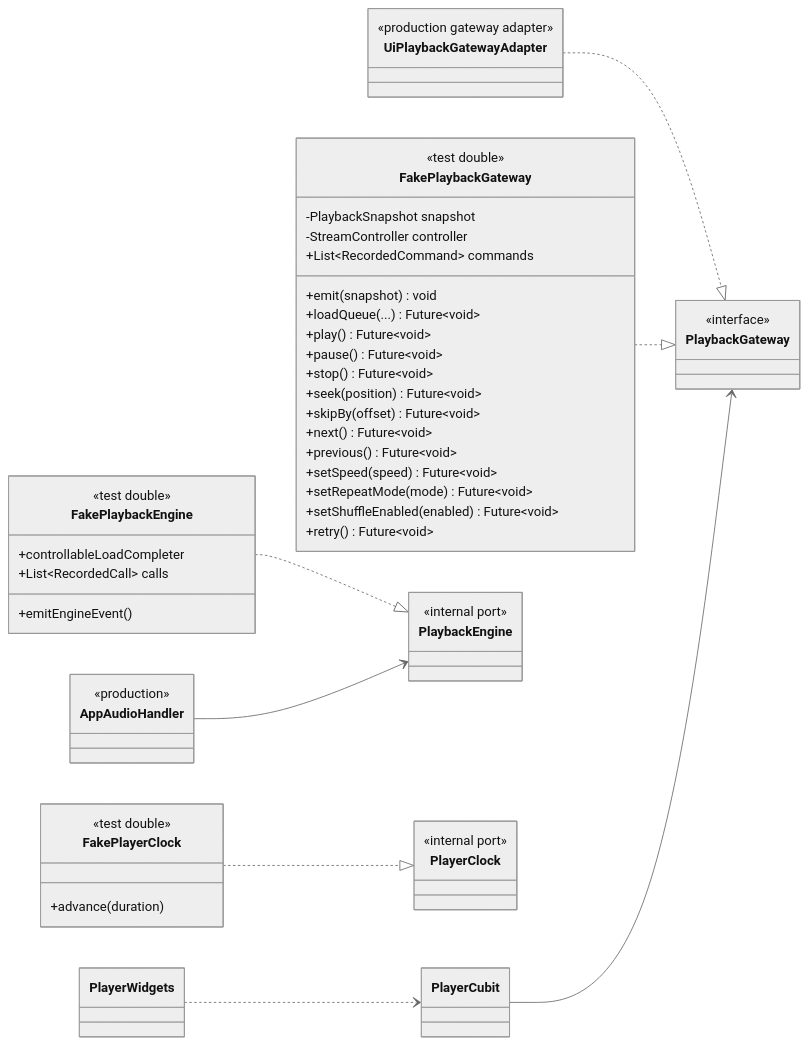
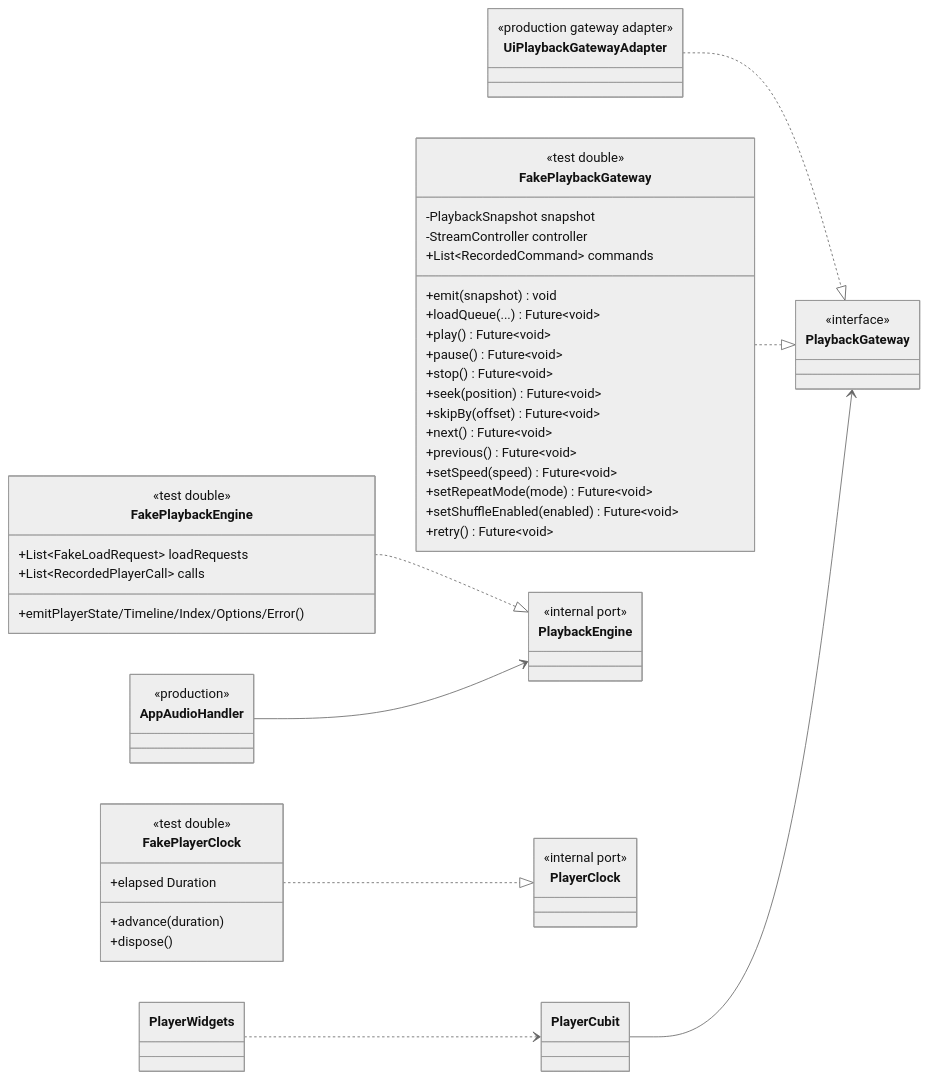
Before and after one commit to ViUniverse/ViListen: the tenth of 10 diagrams in docs/player-class-diagram.md, drawn with Mermaid (neutral theme). The commit also changed other lines of this file and 10 other files, not shown here.

Commit message:
feat(player): add PLR-048 engine test seams

````diff
--- a/docs/player-class-diagram.md
+++ b/docs/player-class-diagram.md
@@ -1432,67 +1433,69 @@
 ```mermaid
 classDiagram
 direction LR
 
 class PlaybackGateway {
   <<interface>>
 }
 
 class AppAudioHandler {
   <<production>>
 }
 
 class UiPlaybackGatewayAdapter {
   <<production gateway adapter>>
 }
 
 class FakePlaybackGateway {
   <<test double>>
   -PlaybackSnapshot snapshot
   -StreamController controller
   +List~RecordedCommand~ commands
   +emit(snapshot) void
   +loadQueue(...) Future~void~
   +play() Future~void~
   +pause() Future~void~
   +stop() Future~void~
   +seek(position) Future~void~
   +skipBy(offset) Future~void~
   +next() Future~void~
   +previous() Future~void~
   +setSpeed(speed) Future~void~
   +setRepeatMode(mode) Future~void~
   +setShuffleEnabled(enabled) Future~void~
   +retry() Future~void~
 }
 
 class PlaybackEngine {
   <<internal port>>
 }
 
 class FakePlaybackEngine {
   <<test double>>
-  +controllableLoadCompleter
-  +emitEngineEvent()
-  +List~RecordedCall~ calls
+  +List~FakeLoadRequest~ loadRequests
+  +emitPlayerState/Timeline/Index/Options/Error()
+  +List~RecordedPlayerCall~ calls
 }
 
 class PlayerClock {
   <<internal port>>
 }
 
 class FakePlayerClock {
   <<test double>>
   +advance(duration)
+  +elapsed Duration
+  +dispose()
 }
 
 class PlayerCubit
 class PlayerWidgets
 
 UiPlaybackGatewayAdapter ..|> PlaybackGateway
 FakePlaybackGateway ..|> PlaybackGateway
 FakePlaybackEngine ..|> PlaybackEngine
 FakePlayerClock ..|> PlayerClock
 AppAudioHandler --> PlaybackEngine
 PlayerCubit --> PlaybackGateway
 PlayerWidgets ..> PlayerCubit
 ```
````
